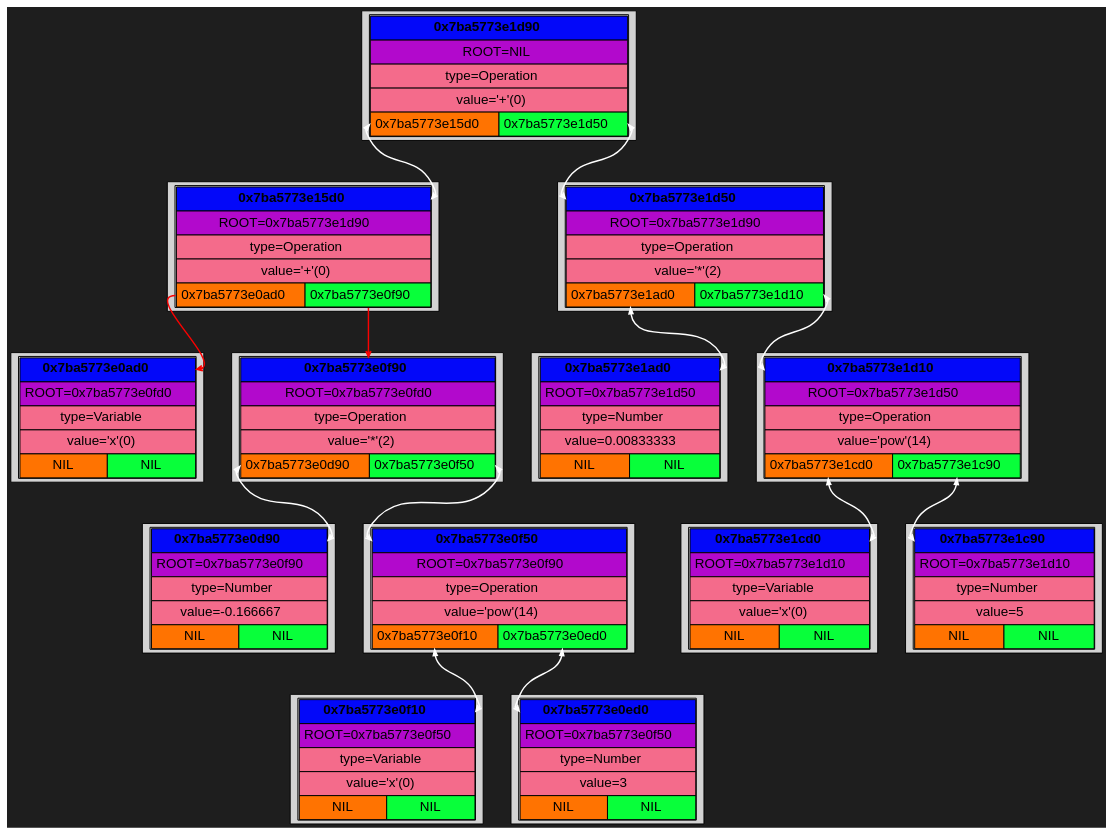
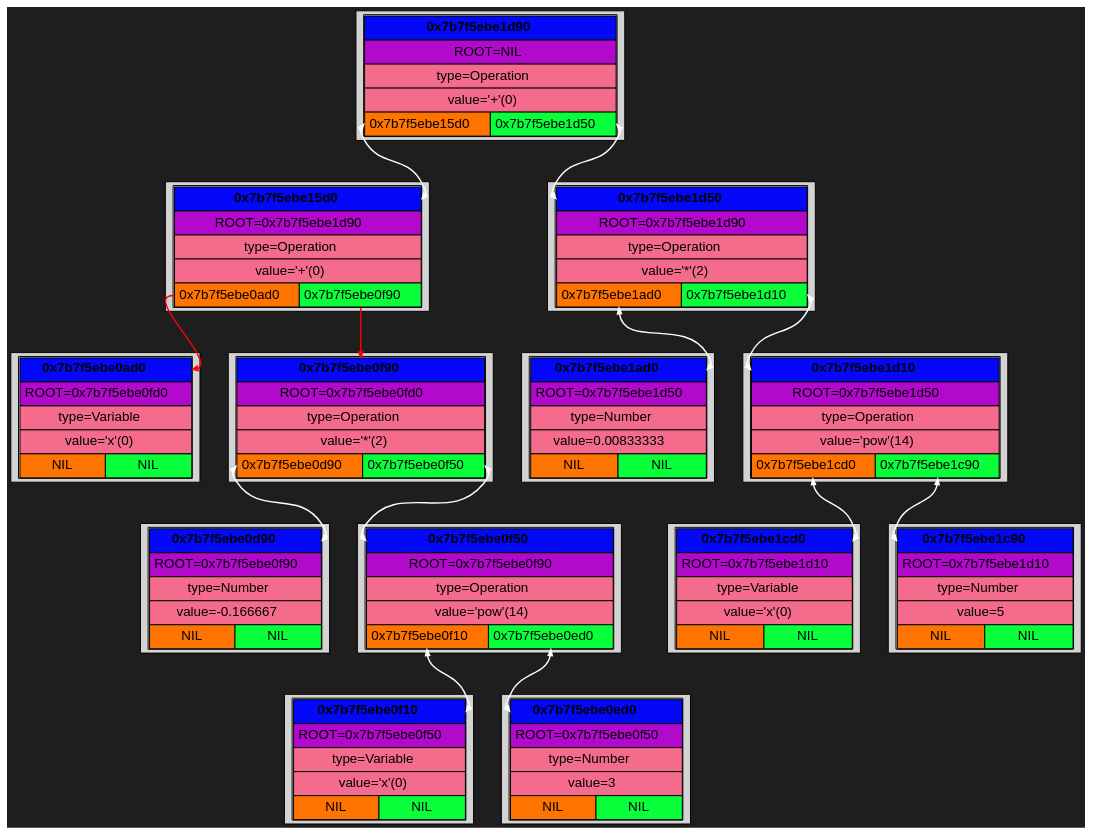
One commit to Kabuto-Mainer/Diff changed the diagram in Dump/BinTree/graph.dot. Above: the diagram before and after it, drawn with Graphviz. The commit also changed 11 other files, not shown here.

```diff
--- a/Dump/BinTree/graph.dot
+++ b/Dump/BinTree/graph.dot
@@ -1,178 +1,178 @@
 digraph {
   rankdir=UD;
   bgcolor="#1e1e1e"
   nodesep=0.4;
   ranksep=0.6;
   node [shape=plaintext, style=filled, fontname="Helvetica"];
   edge [arrowhead=vee, arrowsize=0.6, penwidth=1.2];
 
-block_0x7ba5773e0ad0 [shape=box, label=<
+block_0x7b7f5ebe0ad0 [shape=box, label=<
 <TABLE CELLSPACING="0" CELLPADDING="4">
-<TR><TD PORT="root" BGCOLOR="#0308f9ff" COLSPAN="2"><B>0x7ba5773e0ad0</B></TD></TR>
-<TR><TD BGCOLOR="#b209ccff" COLSPAN="2">ROOT=0x7ba5773e0fd0</TD></TR>
+<TR><TD PORT="root" BGCOLOR="#0308f9ff" COLSPAN="2"><B>0x7b7f5ebe0ad0</B></TD></TR>
+<TR><TD BGCOLOR="#b209ccff" COLSPAN="2">ROOT=0x7b7f5ebe0fd0</TD></TR>
 <TR><TD BGCOLOR="#f46b8bff" COLSPAN="2">type=Variable</TD></TR>
 <TR><TD BGCOLOR="#f46b8bff" COLSPAN="2">value='x'(0)</TD></TR>
 <TR>
 <TD PORT="left" BGCOLOR="#ff7301ff">NIL</TD>
 <TD PORT="right" BGCOLOR="#08ff3aff">NIL</TD>
 </TR>
 </TABLE> >];
 
-block_0x7ba5773e0d90 [shape=box, label=<
+block_0x7b7f5ebe0d90 [shape=box, label=<
 <TABLE CELLSPACING="0" CELLPADDING="4">
-<TR><TD PORT="root" BGCOLOR="#0308f9ff" COLSPAN="2"><B>0x7ba5773e0d90</B></TD></TR>
-<TR><TD BGCOLOR="#b209ccff" COLSPAN="2">ROOT=0x7ba5773e0f90</TD></TR>
+<TR><TD PORT="root" BGCOLOR="#0308f9ff" COLSPAN="2"><B>0x7b7f5ebe0d90</B></TD></TR>
+<TR><TD BGCOLOR="#b209ccff" COLSPAN="2">ROOT=0x7b7f5ebe0f90</TD></TR>
 <TR><TD BGCOLOR="#f46b8bff" COLSPAN="2">type=Number</TD></TR>
 <TR><TD BGCOLOR="#f46b8bff" COLSPAN="2">value=-0.166667</TD></TR>
 <TR>
 <TD PORT="left" BGCOLOR="#ff7301ff">NIL</TD>
 <TD PORT="right" BGCOLOR="#08ff3aff">NIL</TD>
 </TR>
 </TABLE> >];
 
-block_0x7ba5773e0f10 [shape=box, label=<
+block_0x7b7f5ebe0f10 [shape=box, label=<
 <TABLE CELLSPACING="0" CELLPADDING="4">
-<TR><TD PORT="root" BGCOLOR="#0308f9ff" COLSPAN="2"><B>0x7ba5773e0f10</B></TD></TR>
-<TR><TD BGCOLOR="#b209ccff" COLSPAN="2">ROOT=0x7ba5773e0f50</TD></TR>
+<TR><TD PORT="root" BGCOLOR="#0308f9ff" COLSPAN="2"><B>0x7b7f5ebe0f10</B></TD></TR>
+<TR><TD BGCOLOR="#b209ccff" COLSPAN="2">ROOT=0x7b7f5ebe0f50</TD></TR>
 <TR><TD BGCOLOR="#f46b8bff" COLSPAN="2">type=Variable</TD></TR>
 <TR><TD BGCOLOR="#f46b8bff" COLSPAN="2">value='x'(0)</TD></TR>
 <TR>
 <TD PORT="left" BGCOLOR="#ff7301ff">NIL</TD>
 <TD PORT="right" BGCOLOR="#08ff3aff">NIL</TD>
 </TR>
 </TABLE> >];
 
-block_0x7ba5773e0ed0 [shape=box, label=<
+block_0x7b7f5ebe0ed0 [shape=box, label=<
 <TABLE CELLSPACING="0" CELLPADDING="4">
-<TR><TD PORT="root" BGCOLOR="#0308f9ff" COLSPAN="2"><B>0x7ba5773e0ed0</B></TD></TR>
-<TR><TD BGCOLOR="#b209ccff" COLSPAN="2">ROOT=0x7ba5773e0f50</TD></TR>
+<TR><TD PORT="root" BGCOLOR="#0308f9ff" COLSPAN="2"><B>0x7b7f5ebe0ed0</B></TD></TR>
+<TR><TD BGCOLOR="#b209ccff" COLSPAN="2">ROOT=0x7b7f5ebe0f50</TD></TR>
 <TR><TD BGCOLOR="#f46b8bff" COLSPAN="2">type=Number</TD></TR>
 <TR><TD BGCOLOR="#f46b8bff" COLSPAN="2">value=3</TD></TR>
 <TR>
 <TD PORT="left" BGCOLOR="#ff7301ff">NIL</TD>
 <TD PORT="right" BGCOLOR="#08ff3aff">NIL</TD>
 </TR>
 </TABLE> >];
 
-block_0x7ba5773e0f50 [shape=box, label=<
+block_0x7b7f5ebe0f50 [shape=box, label=<
 <TABLE CELLSPACING="0" CELLPADDING="4">
-<TR><TD PORT="root" BGCOLOR="#0308f9ff" COLSPAN="2"><B>0x7ba5773e0f50</B></TD></TR>
-<TR><TD BGCOLOR="#b209ccff" COLSPAN="2">ROOT=0x7ba5773e0f90</TD></TR>
+<TR><TD PORT="root" BGCOLOR="#0308f9ff" COLSPAN="2"><B>0x7b7f5ebe0f50</B></TD></TR>
+<TR><TD BGCOLOR="#b209ccff" COLSPAN="2">ROOT=0x7b7f5ebe0f90</TD></TR>
 <TR><TD BGCOLOR="#f46b8bff" COLSPAN="2">type=Operation</TD></TR>
 <TR><TD BGCOLOR="#f46b8bff" COLSPAN="2">value='pow'(14)</TD></TR>
 <TR>
-<TD PORT="left" BGCOLOR="#ff7301ff">0x7ba5773e0f10</TD>
-<TD PORT="right" BGCOLOR="#08ff3aff">0x7ba5773e0ed0</TD>
+<TD PORT="left" BGCOLOR="#ff7301ff">0x7b7f5ebe0f10</TD>
+<TD PORT="right" BGCOLOR="#08ff3aff">0x7b7f5ebe0ed0</TD>
 </TR>
 </TABLE> >];
 
-block_0x7ba5773e0f90 [shape=box, label=<
+block_0x7b7f5ebe0f90 [shape=box, label=<
 <TABLE CELLSPACING="0" CELLPADDING="4">
-<TR><TD PORT="root" BGCOLOR="#0308f9ff" COLSPAN="2"><B>0x7ba5773e0f90</B></TD></TR>
-<TR><TD BGCOLOR="#b209ccff" COLSPAN="2">ROOT=0x7ba5773e0fd0</TD></TR>
+<TR><TD PORT="root" BGCOLOR="#0308f9ff" COLSPAN="2"><B>0x7b7f5ebe0f90</B></TD></TR>
+<TR><TD BGCOLOR="#b209ccff" COLSPAN="2">ROOT=0x7b7f5ebe0fd0</TD></TR>
 <TR><TD BGCOLOR="#f46b8bff" COLSPAN="2">type=Operation</TD></TR>
 <TR><TD BGCOLOR="#f46b8bff" COLSPAN="2">value='*'(2)</TD></TR>
 <TR>
-<TD PORT="left" BGCOLOR="#ff7301ff">0x7ba5773e0d90</TD>
-<TD PORT="right" BGCOLOR="#08ff3aff">0x7ba5773e0f50</TD>
+<TD PORT="left" BGCOLOR="#ff7301ff">0x7b7f5ebe0d90</TD>
+<TD PORT="right" BGCOLOR="#08ff3aff">0x7b7f5ebe0f50</TD>
 </TR>
 </TABLE> >];
 
-block_0x7ba5773e15d0 [shape=box, label=<
+block_0x7b7f5ebe15d0 [shape=box, label=<
 <TABLE CELLSPACING="0" CELLPADDING="4">
-<TR><TD PORT="root" BGCOLOR="#0308f9ff" COLSPAN="2"><B>0x7ba5773e15d0</B></TD></TR>
-<TR><TD BGCOLOR="#b209ccff" COLSPAN="2">ROOT=0x7ba5773e1d90</TD></TR>
+<TR><TD PORT="root" BGCOLOR="#0308f9ff" COLSPAN="2"><B>0x7b7f5ebe15d0</B></TD></TR>
+<TR><TD BGCOLOR="#b209ccff" COLSPAN="2">ROOT=0x7b7f5ebe1d90</TD></TR>
 <TR><TD BGCOLOR="#f46b8bff" COLSPAN="2">type=Operation</TD></TR>
 <TR><TD BGCOLOR="#f46b8bff" COLSPAN="2">value='+'(0)</TD></TR>
 <TR>
-<TD PORT="left" BGCOLOR="#ff7301ff">0x7ba5773e0ad0</TD>
-<TD PORT="right" BGCOLOR="#08ff3aff">0x7ba5773e0f90</TD>
+<TD PORT="left" BGCOLOR="#ff7301ff">0x7b7f5ebe0ad0</TD>
+<TD PORT="right" BGCOLOR="#08ff3aff">0x7b7f5ebe0f90</TD>
 </TR>
 </TABLE> >];
 
-block_0x7ba5773e1ad0 [shape=box, label=<
+block_0x7b7f5ebe1ad0 [shape=box, label=<
 <TABLE CELLSPACING="0" CELLPADDING="4">
-<TR><TD PORT="root" BGCOLOR="#0308f9ff" COLSPAN="2"><B>0x7ba5773e1ad0</B></TD></TR>
-<TR><TD BGCOLOR="#b209ccff" COLSPAN="2">ROOT=0x7ba5773e1d50</TD></TR>
+<TR><TD PORT="root" BGCOLOR="#0308f9ff" COLSPAN="2"><B>0x7b7f5ebe1ad0</B></TD></TR>
+<TR><TD BGCOLOR="#b209ccff" COLSPAN="2">ROOT=0x7b7f5ebe1d50</TD></TR>
 <TR><TD BGCOLOR="#f46b8bff" COLSPAN="2">type=Number</TD></TR>
 <TR><TD BGCOLOR="#f46b8bff" COLSPAN="2">value=0.00833333</TD></TR>
 <TR>
 <TD PORT="left" BGCOLOR="#ff7301ff">NIL</TD>
 <TD PORT="right" BGCOLOR="#08ff3aff">NIL</TD>
 </TR>
 </TABLE> >];
 
-block_0x7ba5773e1cd0 [shape=box, label=<
+block_0x7b7f5ebe1cd0 [shape=box, label=<
 <TABLE CELLSPACING="0" CELLPADDING="4">
-<TR><TD PORT="root" BGCOLOR="#0308f9ff" COLSPAN="2"><B>0x7ba5773e1cd0</B></TD></TR>
-<TR><TD BGCOLOR="#b209ccff" COLSPAN="2">ROOT=0x7ba5773e1d10</TD></TR>
+<TR><TD PORT="root" BGCOLOR="#0308f9ff" COLSPAN="2"><B>0x7b7f5ebe1cd0</B></TD></TR>
+<TR><TD BGCOLOR="#b209ccff" COLSPAN="2">ROOT=0x7b7f5ebe1d10</TD></TR>
 <TR><TD BGCOLOR="#f46b8bff" COLSPAN="2">type=Variable</TD></TR>
 <TR><TD BGCOLOR="#f46b8bff" COLSPAN="2">value='x'(0)</TD></TR>
 <TR>
 <TD PORT="left" BGCOLOR="#ff7301ff">NIL</TD>
 <TD PORT="right" BGCOLOR="#08ff3aff">NIL</TD>
 </TR>
 </TABLE> >];
 
-block_0x7ba5773e1c90 [shape=box, label=<
+block_0x7b7f5ebe1c90 [shape=box, label=<
 <TABLE CELLSPACING="0" CELLPADDING="4">
-<TR><TD PORT="root" BGCOLOR="#0308f9ff" COLSPAN="2"><B>0x7ba5773e1c90</B></TD></TR>
-<TR><TD BGCOLOR="#b209ccff" COLSPAN="2">ROOT=0x7ba5773e1d10</TD></TR>
+<TR><TD PORT="root" BGCOLOR="#0308f9ff" COLSPAN="2"><B>0x7b7f5ebe1c90</B></TD></TR>
+<TR><TD BGCOLOR="#b209ccff" COLSPAN="2">ROOT=0x7b7f5ebe1d10</TD></TR>
 <TR><TD BGCOLOR="#f46b8bff" COLSPAN="2">type=Number</TD></TR>
 <TR><TD BGCOLOR="#f46b8bff" COLSPAN="2">value=5</TD></TR>
 <TR>
 <TD PORT="left" BGCOLOR="#ff7301ff">NIL</TD>
 <TD PORT="right" BGCOLOR="#08ff3aff">NIL</TD>
 </TR>
 </TABLE> >];
 
-block_0x7ba5773e1d10 [shape=box, label=<
+block_0x7b7f5ebe1d10 [shape=box, label=<
 <TABLE CELLSPACING="0" CELLPADDING="4">
-<TR><TD PORT="root" BGCOLOR="#0308f9ff" COLSPAN="2"><B>0x7ba5773e1d10</B></TD></TR>
-<TR><TD BGCOLOR="#b209ccff" COLSPAN="2">ROOT=0x7ba5773e1d50</TD></TR>
+<TR><TD PORT="root" BGCOLOR="#0308f9ff" COLSPAN="2"><B>0x7b7f5ebe1d10</B></TD></TR>
+<TR><TD BGCOLOR="#b209ccff" COLSPAN="2">ROOT=0x7b7f5ebe1d50</TD></TR>
 <TR><TD BGCOLOR="#f46b8bff" COLSPAN="2">type=Operation</TD></TR>
 <TR><TD BGCOLOR="#f46b8bff" COLSPAN="2">value='pow'(14)</TD></TR>
 <TR>
-<TD PORT="left" BGCOLOR="#ff7301ff">0x7ba5773e1cd0</TD>
-<TD PORT="right" BGCOLOR="#08ff3aff">0x7ba5773e1c90</TD>
+<TD PORT="left" BGCOLOR="#ff7301ff">0x7b7f5ebe1cd0</TD>
+<TD PORT="right" BGCOLOR="#08ff3aff">0x7b7f5ebe1c90</TD>
 </TR>
 </TABLE> >];
 
-block_0x7ba5773e1d50 [shape=box, label=<
+block_0x7b7f5ebe1d50 [shape=box, label=<
 <TABLE CELLSPACING="0" CELLPADDING="4">
-<TR><TD PORT="root" BGCOLOR="#0308f9ff" COLSPAN="2"><B>0x7ba5773e1d50</B></TD></TR>
-<TR><TD BGCOLOR="#b209ccff" COLSPAN="2">ROOT=0x7ba5773e1d90</TD></TR>
+<TR><TD PORT="root" BGCOLOR="#0308f9ff" COLSPAN="2"><B>0x7b7f5ebe1d50</B></TD></TR>
+<TR><TD BGCOLOR="#b209ccff" COLSPAN="2">ROOT=0x7b7f5ebe1d90</TD></TR>
 <TR><TD BGCOLOR="#f46b8bff" COLSPAN="2">type=Operation</TD></TR>
 <TR><TD BGCOLOR="#f46b8bff" COLSPAN="2">value='*'(2)</TD></TR>
 <TR>
-<TD PORT="left" BGCOLOR="#ff7301ff">0x7ba5773e1ad0</TD>
-<TD PORT="right" BGCOLOR="#08ff3aff">0x7ba5773e1d10</TD>
+<TD PORT="left" BGCOLOR="#ff7301ff">0x7b7f5ebe1ad0</TD>
+<TD PORT="right" BGCOLOR="#08ff3aff">0x7b7f5ebe1d10</TD>
 </TR>
 </TABLE> >];
 
-block_0x7ba5773e1d90 [shape=box, label=<
+block_0x7b7f5ebe1d90 [shape=box, label=<
 <TABLE CELLSPACING="0" CELLPADDING="4">
-<TR><TD PORT="root" BGCOLOR="#0308f9ff" COLSPAN="2"><B>0x7ba5773e1d90</B></TD></TR>
+<TR><TD PORT="root" BGCOLOR="#0308f9ff" COLSPAN="2"><B>0x7b7f5ebe1d90</B></TD></TR>
 <TR><TD BGCOLOR="#b209ccff" COLSPAN="2">ROOT=NIL</TD></TR>
 <TR><TD BGCOLOR="#f46b8bff" COLSPAN="2">type=Operation</TD></TR>
 <TR><TD BGCOLOR="#f46b8bff" COLSPAN="2">value='+'(0)</TD></TR>
 <TR>
-<TD PORT="left" BGCOLOR="#ff7301ff">0x7ba5773e15d0</TD>
-<TD PORT="right" BGCOLOR="#08ff3aff">0x7ba5773e1d50</TD>
+<TD PORT="left" BGCOLOR="#ff7301ff">0x7b7f5ebe15d0</TD>
+<TD PORT="right" BGCOLOR="#08ff3aff">0x7b7f5ebe1d50</TD>
 </TR>
 </TABLE> >];
 
-block_0x7ba5773e0f50:right -> block_0x7ba5773e0ed0:root [color="#fefefeff", penwidth = 1.5, arrowsize = 0.6, constraint = true, dir = both];
-block_0x7ba5773e0f50:left -> block_0x7ba5773e0f10:root [color="#ffffffff", penwidth = 1.5, arrowsize = 0.6, constraint = true, dir = both];
-block_0x7ba5773e0f90:right -> block_0x7ba5773e0f50:root [color="#fefefeff", penwidth = 1.5, arrowsize = 0.6, constraint = true, dir = both];
-block_0x7ba5773e0f90:left -> block_0x7ba5773e0d90:root [color="#ffffffff", penwidth = 1.5, arrowsize = 0.6, constraint = true, dir = both];
-block_0x7ba5773e15d0:right -> block_0x7ba5773e0f90:root [color="#fa0101ff", penwidth = 1.5, arrowsize = 0.6, constraint = true];
-block_0x7ba5773e15d0:left -> block_0x7ba5773e0ad0:root [color="#fa0101ff", penwidth = 1.5, arrowsize = 0.6, constraint = true];
-block_0x7ba5773e1d10:right -> block_0x7ba5773e1c90:root [color="#fefefeff", penwidth = 1.5, arrowsize = 0.6, constraint = true, dir = both];
-block_0x7ba5773e1d10:left -> block_0x7ba5773e1cd0:root [color="#ffffffff", penwidth = 1.5, arrowsize = 0.6, constraint = true, dir = both];
-block_0x7ba5773e1d50:right -> block_0x7ba5773e1d10:root [color="#fefefeff", penwidth = 1.5, arrowsize = 0.6, constraint = true, dir = both];
-block_0x7ba5773e1d50:left -> block_0x7ba5773e1ad0:root [color="#ffffffff", penwidth = 1.5, arrowsize = 0.6, constraint = true, dir = both];
-block_0x7ba5773e1d90:right -> block_0x7ba5773e1d50:root [color="#fefefeff", penwidth = 1.5, arrowsize = 0.6, constraint = true, dir = both];
-block_0x7ba5773e1d90:left -> block_0x7ba5773e15d0:root [color="#ffffffff", penwidth = 1.5, arrowsize = 0.6, constraint = true, dir = both];
+block_0x7b7f5ebe0f50:right -> block_0x7b7f5ebe0ed0:root [color="#fefefeff", penwidth = 1.5, arrowsize = 0.6, constraint = true, dir = both];
+block_0x7b7f5ebe0f50:left -> block_0x7b7f5ebe0f10:root [color="#ffffffff", penwidth = 1.5, arrowsize = 0.6, constraint = true, dir = both];
+block_0x7b7f5ebe0f90:right -> block_0x7b7f5ebe0f50:root [color="#fefefeff", penwidth = 1.5, arrowsize = 0.6, constraint = true, dir = both];
+block_0x7b7f5ebe0f90:left -> block_0x7b7f5ebe0d90:root [color="#ffffffff", penwidth = 1.5, arrowsize = 0.6, constraint = true, dir = both];
+block_0x7b7f5ebe15d0:right -> block_0x7b7f5ebe0f90:root [color="#fa0101ff", penwidth = 1.5, arrowsize = 0.6, constraint = true];
+block_0x7b7f5ebe15d0:left -> block_0x7b7f5ebe0ad0:root [color="#fa0101ff", penwidth = 1.5, arrowsize = 0.6, constraint = true];
+block_0x7b7f5ebe1d10:right -> block_0x7b7f5ebe1c90:root [color="#fefefeff", penwidth = 1.5, arrowsize = 0.6, constraint = true, dir = both];
+block_0x7b7f5ebe1d10:left -> block_0x7b7f5ebe1cd0:root [color="#ffffffff", penwidth = 1.5, arrowsize = 0.6, constraint = true, dir = both];
+block_0x7b7f5ebe1d50:right -> block_0x7b7f5ebe1d10:root [color="#fefefeff", penwidth = 1.5, arrowsize = 0.6, constraint = true, dir = both];
+block_0x7b7f5ebe1d50:left -> block_0x7b7f5ebe1ad0:root [color="#ffffffff", penwidth = 1.5, arrowsize = 0.6, constraint = true, dir = both];
+block_0x7b7f5ebe1d90:right -> block_0x7b7f5ebe1d50:root [color="#fefefeff", penwidth = 1.5, arrowsize = 0.6, constraint = true, dir = both];
+block_0x7b7f5ebe1d90:left -> block_0x7b7f5ebe15d0:root [color="#ffffffff", penwidth = 1.5, arrowsize = 0.6, constraint = true, dir = both];
 
 }
```
